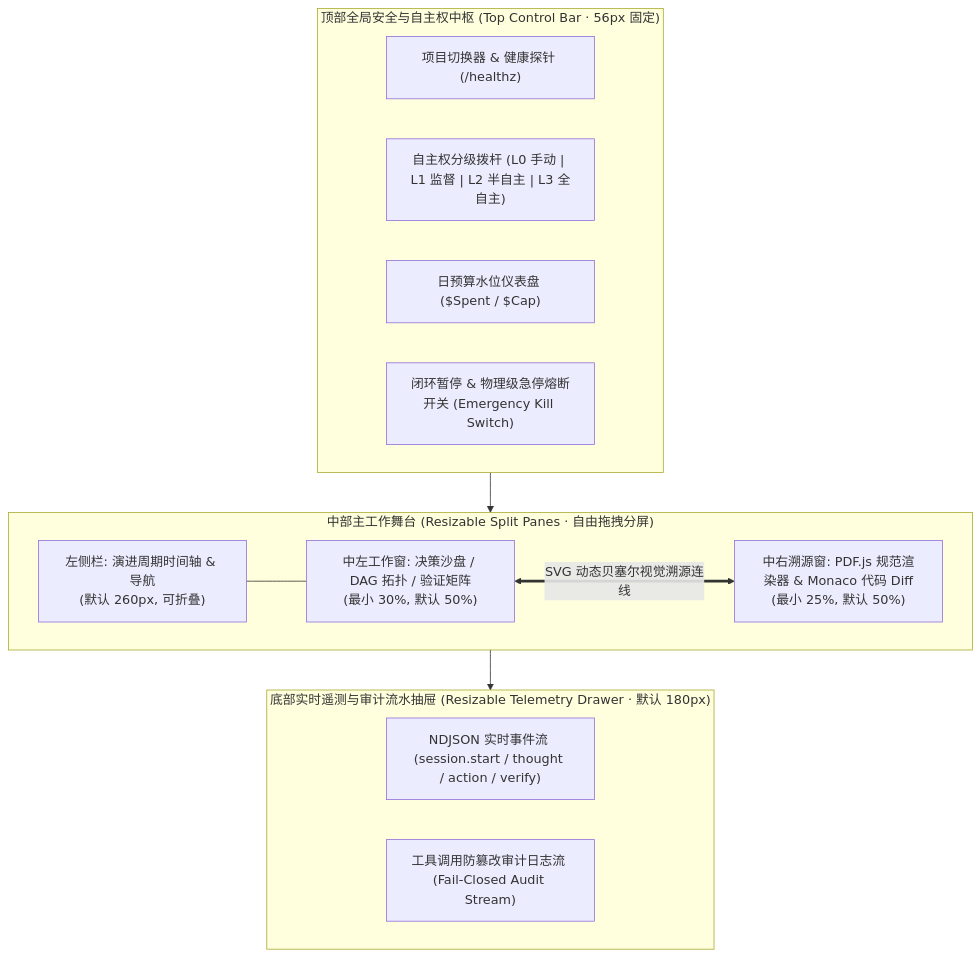
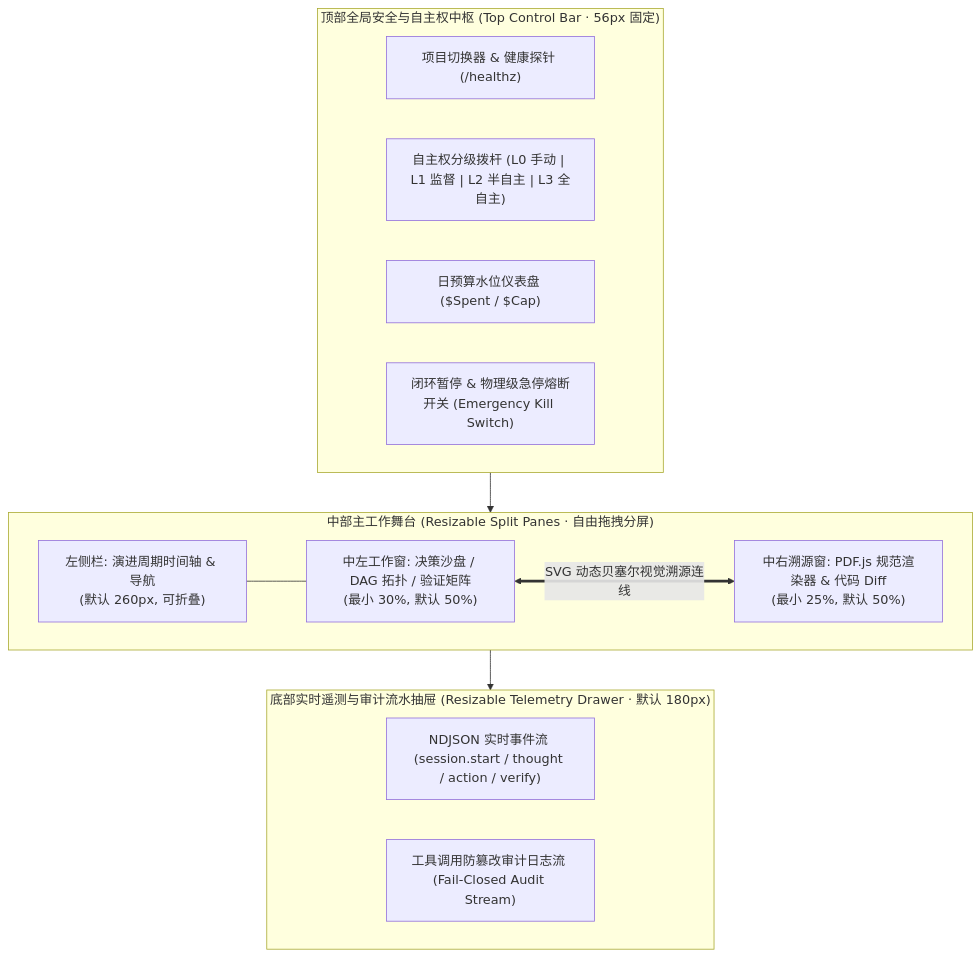
One commit to aazh2026/autonomous-evolution changed the diagram in docs/architecture/frontend-design.md. Above: the diagram before and after it, drawn with Mermaid. The commit also changed other lines of this file and 58 other files, not shown here.

````diff
--- a/docs/architecture/frontend-design.md
+++ b/docs/architecture/frontend-design.md
@@ -29,26 +29,26 @@
 ```mermaid
 flowchart TD
     subgraph TopBar["顶部全局安全与自主权中枢 (Top Control Bar · 56px 固定)"]
         T1["项目切换器 & 健康探针 (/healthz)"]
         T2["自主权分级拨杆 (L0 手动 | L1 监督 | L2 半自主 | L3 全自主)"]
         T3["日预算水位仪表盘 ($Spent / $Cap)"]
         T4["闭环暂停 & 物理级急停熔断开关 (Emergency Kill Switch)"]
     end
 
     subgraph MainStage["中部主工作舞台 (Resizable Split Panes · 自由拖拽分屏)"]
         direction LR
         LeftPane["左侧栏: 演进周期时间轴 & 导航<br/>(默认 260px, 可折叠)"]
         CenterPane["中左工作窗: 决策沙盘 / DAG 拓扑 / 验证矩阵<br/>(最小 30%, 默认 50%)"]
-        RightPane["中右溯源窗: PDF.js 规范渲染器 & Monaco 代码 Diff<br/>(最小 25%, 默认 50%)"]
+        RightPane["中右溯源窗: PDF.js 规范渲染器 & 代码 Diff<br/>(最小 25%, 默认 50%)"]
         LeftPane --- CenterPane
         CenterPane <==> |"SVG 动态贝塞尔视觉溯源连线"| RightPane
     end
 
     subgraph BottomDrawer["底部实时遥测与审计流水抽屉 (Resizable Telemetry Drawer · 默认 180px)"]
         B1["NDJSON 实时事件流 (session.start / thought / action / verify)"]
         B2["工具调用防篡改审计日志流 (Fail-Closed Audit Stream)"]
     end
 
     TopBar --> MainStage
     MainStage --> BottomDrawer
 ```
````
